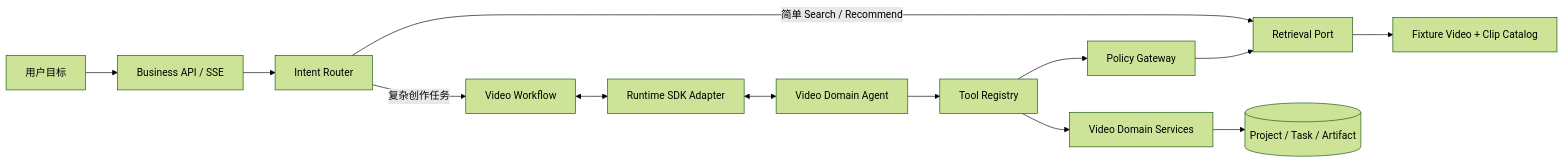
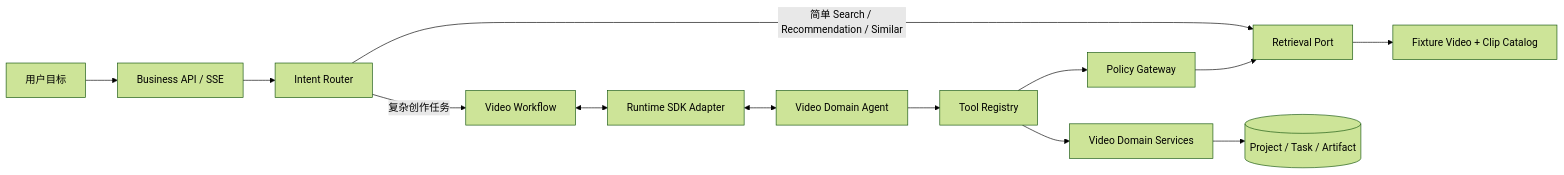
One commit to human-cosmos/search-rec-docs changed the first of 4 diagrams in 03_VideoDomain架构设计.md. Above: the diagram before and after it, drawn with Mermaid (forest theme). The commit also changed other lines of this file and 7 other files, not shown here.

Commit message:
docs: align Video/Clip contracts and feedback flow

````diff
--- a/03_VideoDomain架构设计.md
+++ b/03_VideoDomain架构设计.md
@@ -30,15 +30,15 @@
 ```mermaid
 flowchart LR
   U[用户目标] --> API[Business API / SSE]
   API --> ROUTER[Intent Router]
-  ROUTER -->|简单 Search / Recommend| MOCK[Retrieval Port]
+  ROUTER -->|简单 Search / Recommendation / Similar| MOCK[Retrieval Port]
   ROUTER -->|复杂创作任务| WF[Video Workflow]
   WF <--> RT[Runtime SDK Adapter]
   RT <--> AGENT[Video Domain Agent]
   AGENT --> TOOLS[Tool Registry]
   TOOLS --> POLICY[Policy Gateway]
   POLICY --> MOCK
   TOOLS --> DOMAIN[Video Domain Services]
   DOMAIN --> DB[(Project / Task / Artifact)]
   MOCK --> FIXTURES[Fixture Video + Clip Catalog]
 ```
````
